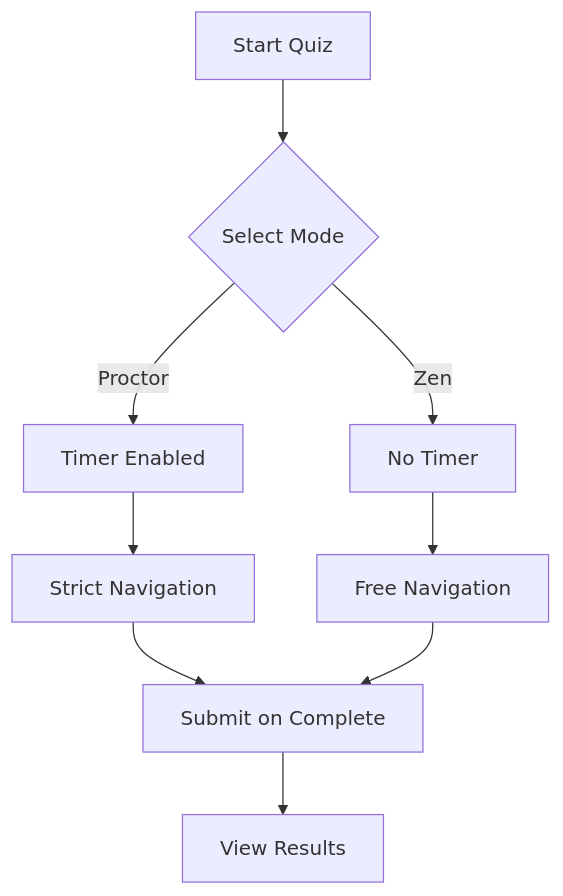
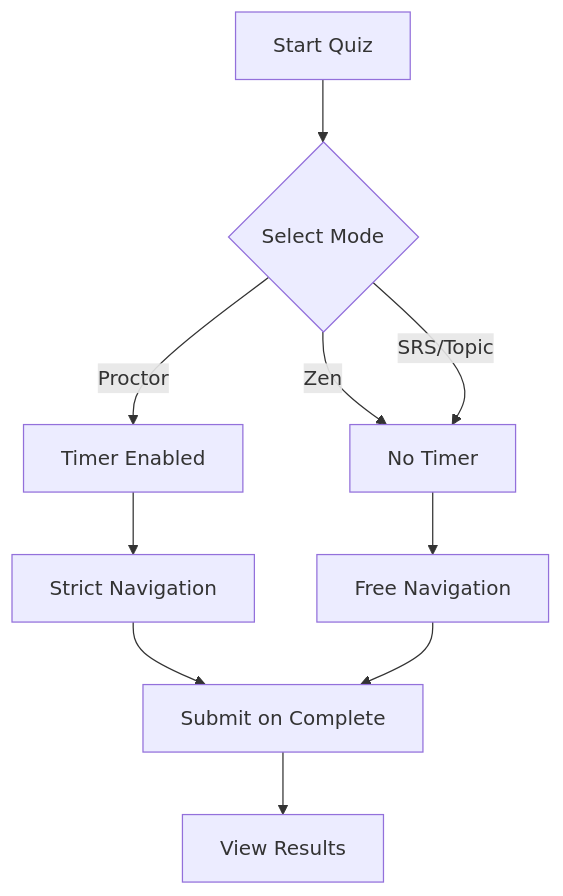
One commit to TJZine/CertPrep.ai changed the first of 2 diagrams in README.md. Above: the diagram before and after it, drawn with Mermaid. The commit also changed other lines of this file and 115 other files, not shown here.

````diff
--- a/README.md
+++ b/README.md
@@ -225,11 +227,12 @@
 ```mermaid
 graph TD
     A[Start Quiz] --> B{Select Mode}
     B -->|Proctor| C[Timer Enabled]
     B -->|Zen| D[No Timer]
+    B -->|SRS/Topic| D
     C --> E[Strict Navigation]
     D --> F[Free Navigation]
     E --> G[Submit on Complete]
     F --> G
     G --> H[View Results]
 ```
````
